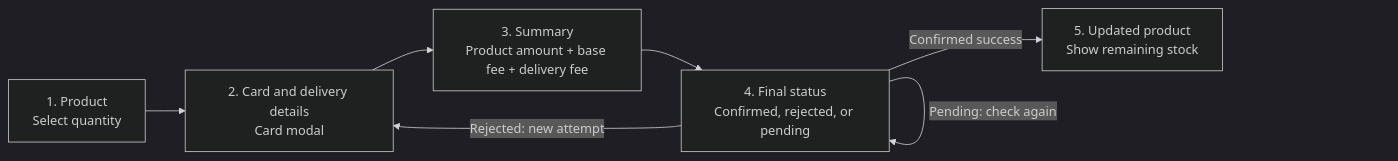
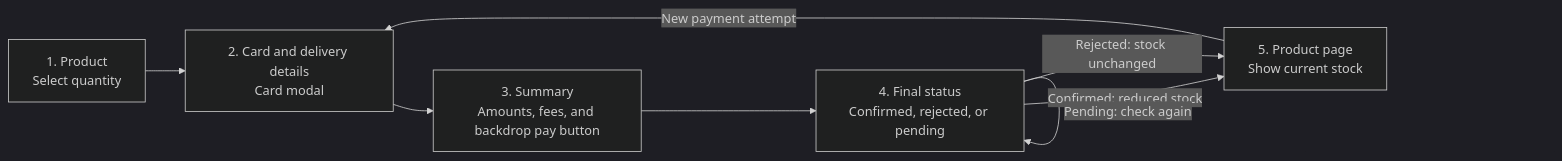
The second of 4 diagrams in README.md (alexanderbeleno16/product-payment), drawn with Mermaid (dark theme) before and after one commit. The commit also changed other lines of this file, not shown here.

Commit message:
docs(architecture): align checkout diagrams with brief

````diff
--- a/README.md
+++ b/README.md
@@ -37,9 +37,10 @@
 ```mermaid
 flowchart LR
     Product["1. Product<br/>Select quantity"] --> Details["2. Card and delivery details<br/>Card modal"]
-    Details --> Summary["3. Summary<br/>Product amount + base fee + delivery fee"]
+    Details --> Summary["3. Summary<br/>Amounts, fees, and backdrop pay button"]
     Summary --> Status["4. Final status<br/>Confirmed, rejected, or pending"]
-    Status -->|Confirmed success| Updated["5. Updated product<br/>Show remaining stock"]
-    Status -->|Rejected: new attempt| Details
+    Status -->|Confirmed: reduced stock| Updated["5. Product page<br/>Show current stock"]
+    Status -->|Rejected: stock unchanged| Updated
     Status -->|Pending: check again| Status
+    Updated -->|New payment attempt| Details
 ```
````
